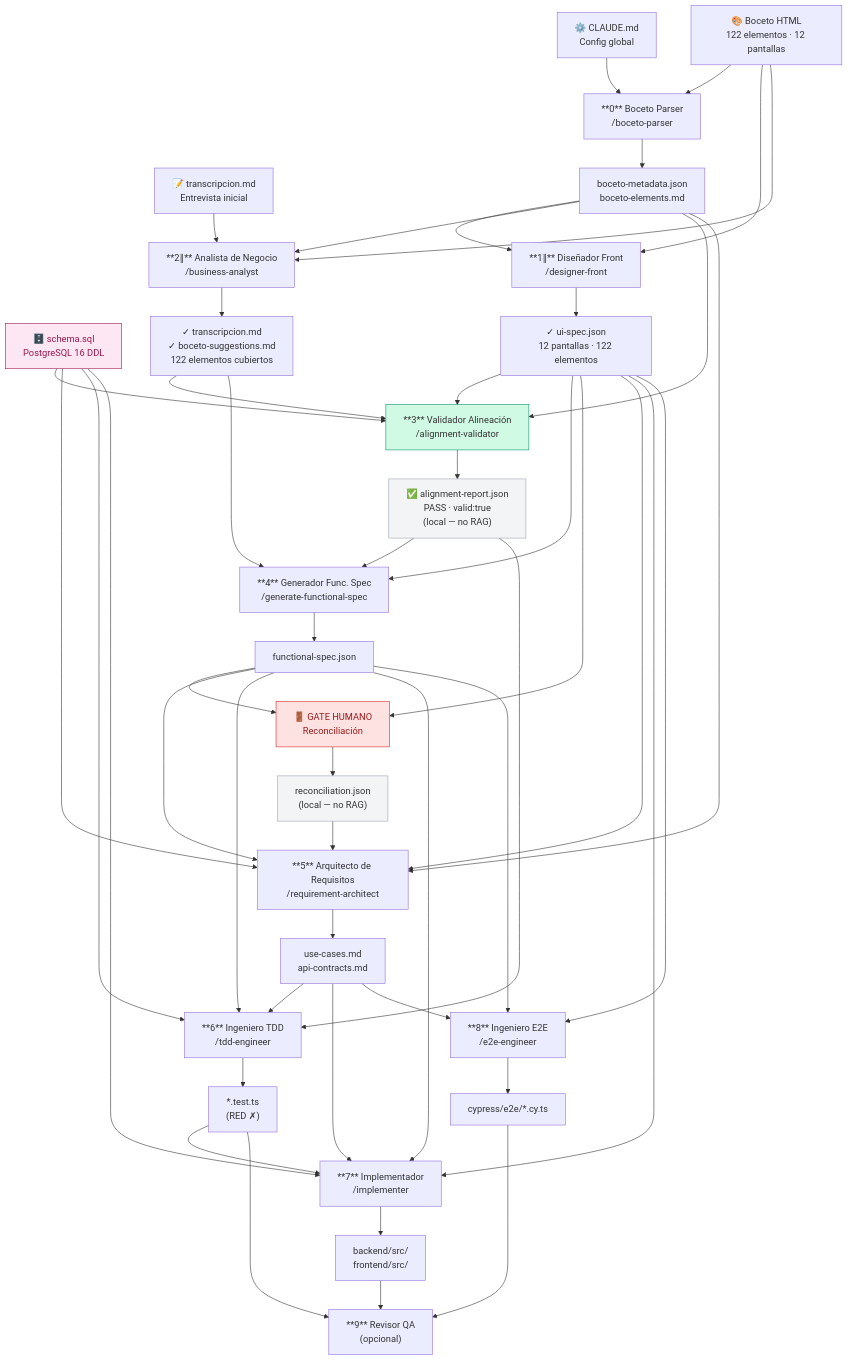
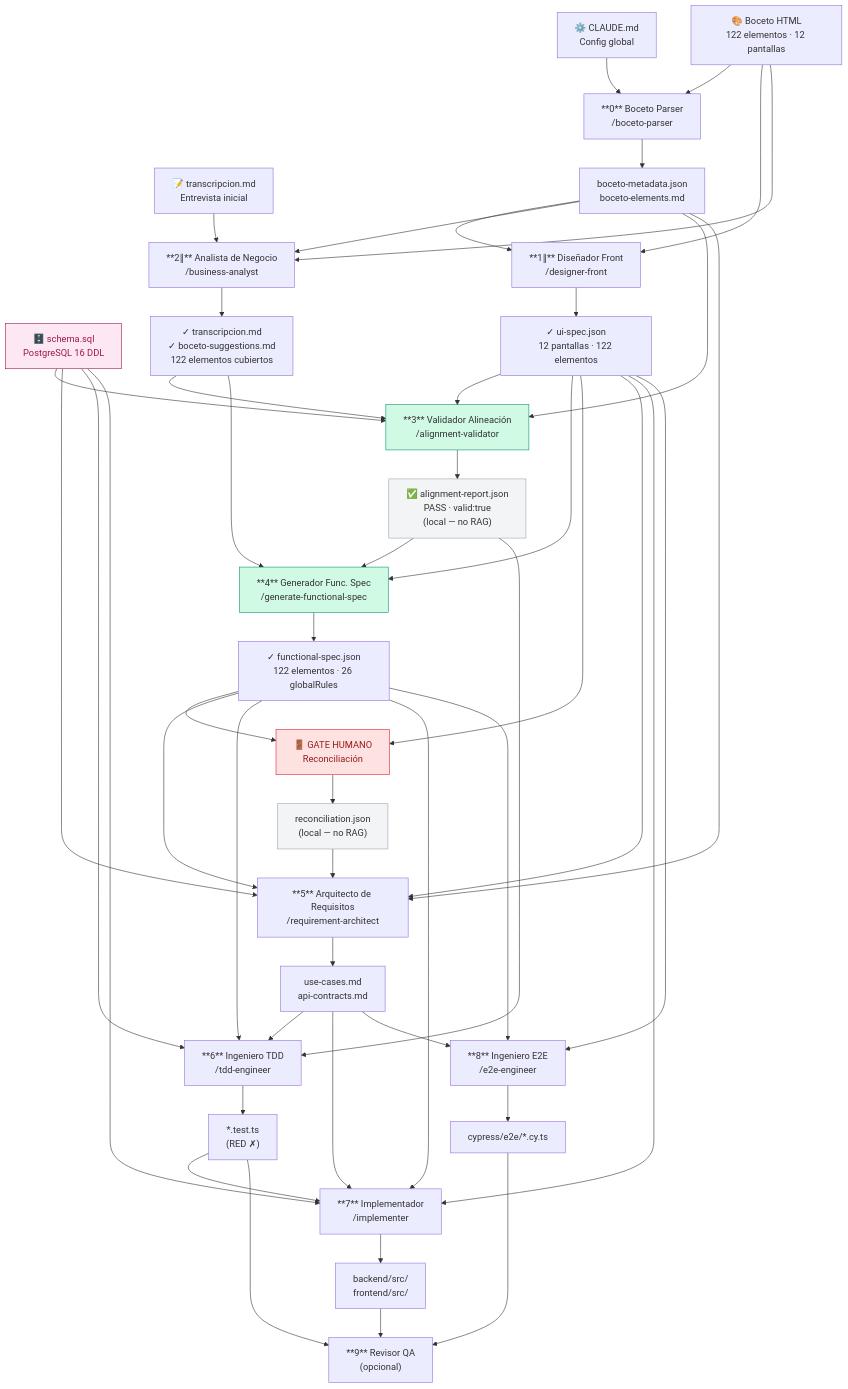
Before and after one commit to dbetancorfp/CORRECTOR_DE_PROYECTOS: the diagram in docs/flujo.md, drawn with Mermaid. The commit also changed 5 other files, not shown here.

First line of the commit message:
feat(pipeline): generate functional spec and fix doc inaccuracies

```diff
--- a/docs/flujo.md
+++ b/docs/flujo.md
@@ -27,7 +27,7 @@
     UISPEC["✓ ui-spec.json\n12 pantallas · 122 elementos"]
     TRANS_OUT["✓ transcripcion.md\n✓ boceto-suggestions.md\n122 elementos cubiertos"]
     ALIGN["✅ alignment-report.json\nPASS · valid:true\n(local — no RAG)"]
-    FSPEC["functional-spec.json"]
+    FSPEC["✓ functional-spec.json\n122 elementos · 26 globalRules"]
     RECON["reconciliation.json\n(local — no RAG)"]
     UC["use-cases.md\napi-contracts.md"]
     TESTS["*.test.ts\n(RED ✗)"]
@@ -83,6 +83,7 @@
 
     style GATE fill:#fee2e2,stroke:#dc2626,color:#991b1b
     style A3 fill:#d1fae5,stroke:#059669
+    style A4 fill:#d1fae5,stroke:#059669
     style SCHEMA fill:#fce7f3,stroke:#9d174d,color:#9d174d
     style ALIGN fill:#f3f4f6,stroke:#9ca3af
     style RECON fill:#f3f4f6,stroke:#9ca3af
```
